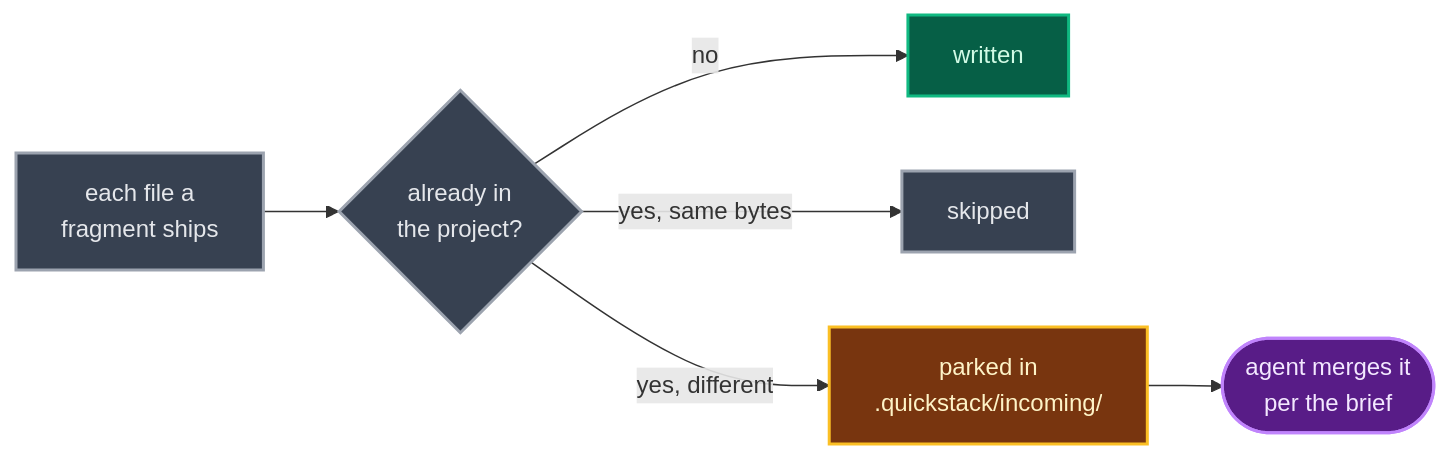
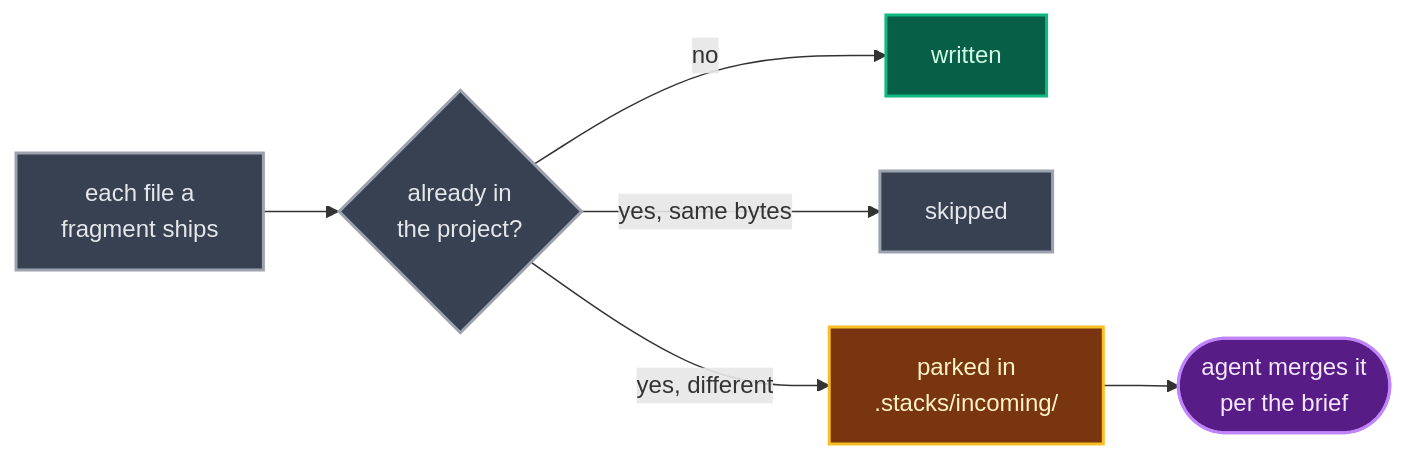
The second of 2 diagrams in packages/cli/docs/quickstart.md (Verus-Data/quickstack), drawn with Mermaid before and after one commit. The commit also changed other lines of this file and 82 other files, not shown here.

````diff
--- a/packages/cli/docs/quickstart.md
+++ b/packages/cli/docs/quickstart.md
@@ -189,17 +189,17 @@
 ```mermaid
 flowchart LR
   F["each file a<br/>fragment ships"] --> E{"already in<br/>the project?"}
   E -- "no" --> W["written"]
   E -- "yes, same bytes" --> S["skipped"]
-  E -- "yes, different" --> I["parked in<br/>.quickstack/incoming/"]
+  E -- "yes, different" --> I["parked in<br/>.stacks/incoming/"]
   I --> M(["agent merges it<br/>per the brief"])
 
   classDef ok fill:#065f46,stroke:#10b981,stroke-width:2px,color:#d1fae5
   classDef neutral fill:#374151,stroke:#9ca3af,stroke-width:2px,color:#e5e7eb
   classDef warn fill:#78350f,stroke:#fbbf24,stroke-width:2px,color:#fef3c7
   classDef agent fill:#581c87,stroke:#c084fc,stroke-width:2px,color:#f3e8ff
   class W ok
   class F,E,S neutral
   class I warn
   class M agent
 ```
````
